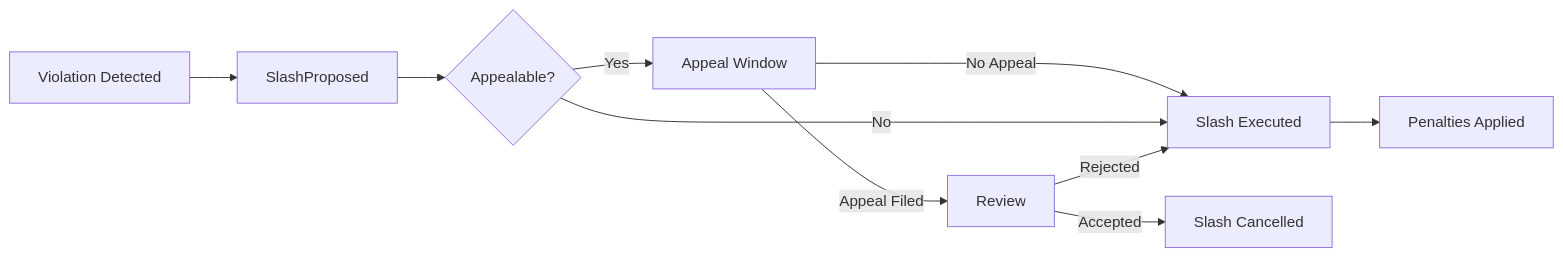
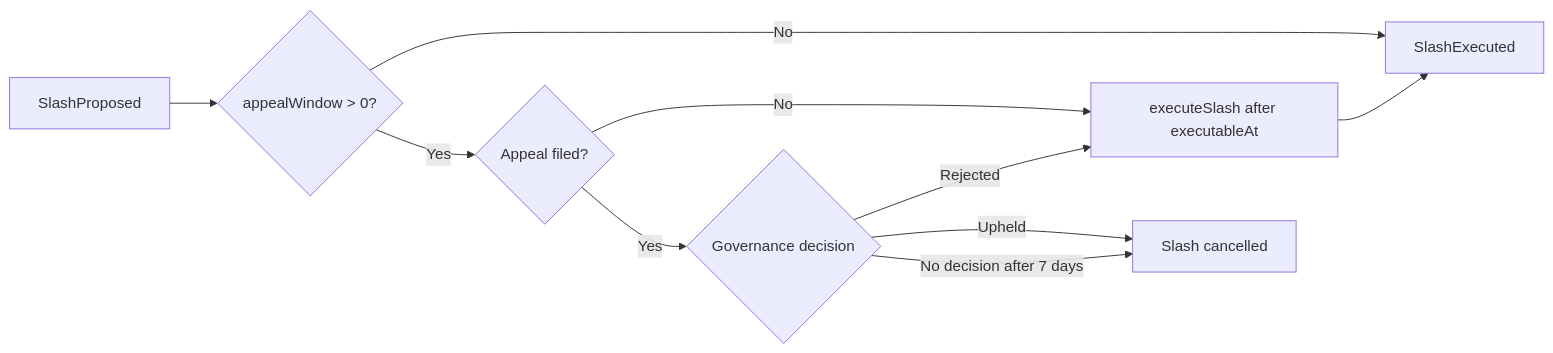
One commit to theinterfold/interfold changed the diagram in docs/pages/operate/exits-and-slashing.mdx. Above: the diagram before and after it, drawn with Mermaid. The commit also changed other lines of this file and 6 other files, not shown here.

````diff
--- a/docs/pages/operate/exits-and-slashing.mdx
+++ b/docs/pages/operate/exits-and-slashing.mdx
@@ -41,12 +122,11 @@
 ```mermaid
 flowchart LR
-    A[Violation Detected] --> B[SlashProposed]
-    B --> C{Appealable?}
-    C -->|Yes| D[Appeal Window]
-    D -->|Appeal Filed| E[Review]
-    D -->|No Appeal| F[Slash Executed]
-    C -->|No| F
-    E -->|Rejected| F
-    E -->|Accepted| G[Slash Cancelled]
-    F --> H[Penalties Applied]
+    P[SlashProposed] --> W{appealWindow > 0?}
+    W -- No --> X[SlashExecuted]
+    W -- Yes --> A{Appeal filed?}
+    A -- No --> E[executeSlash after executableAt] --> X
+    A -- Yes --> G{Governance decision}
+    G -- Rejected --> E
+    G -- Upheld --> C[Slash cancelled]
+    G -- No decision after 7 days --> C
 ```
````
